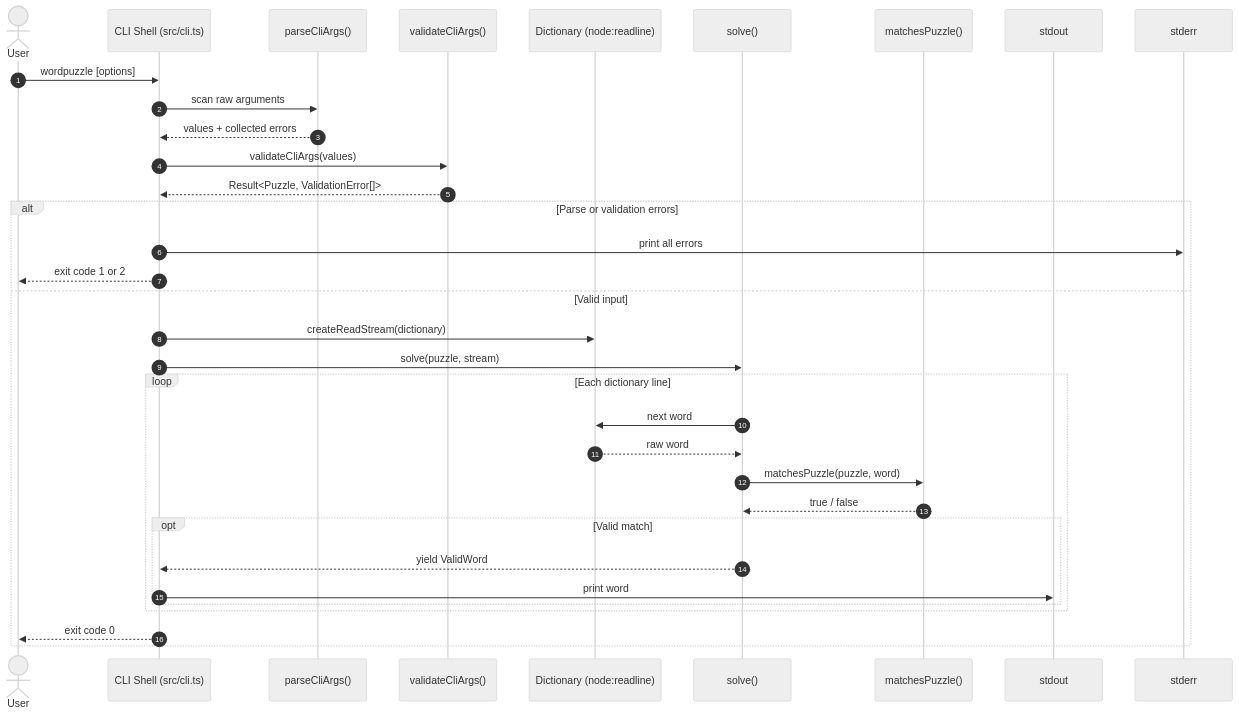
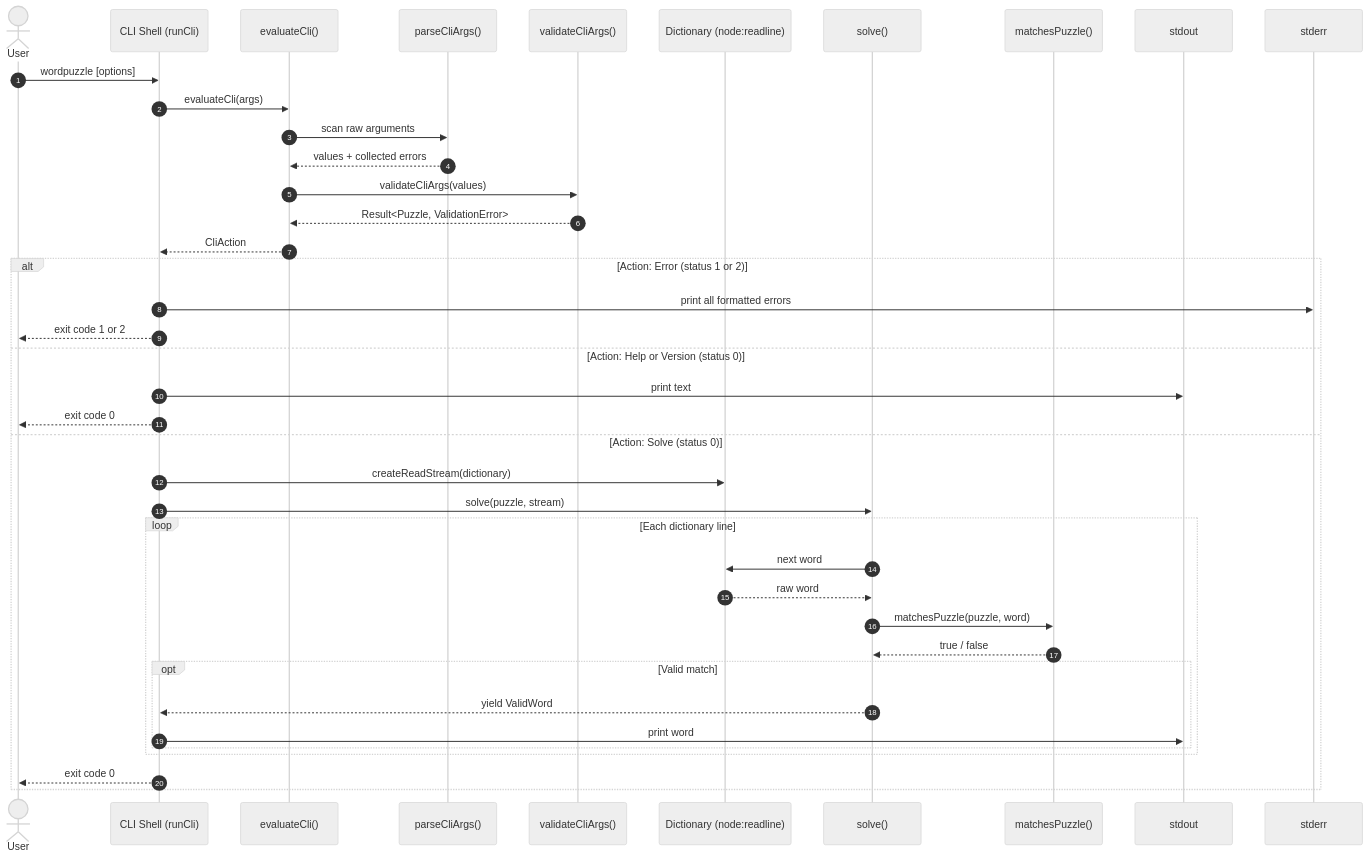
The first of 2 diagrams in README.md (frankhjung/typescript-wordpuzzle), drawn with Mermaid (neutral theme) before and after one commit. The commit also changed other lines of this file and 5 other files, not shown here.

Commit message:
feat: introduce pure CLI action evaluator and update architecture documentation

````diff
--- a/README.md
+++ b/README.md
@@ -225,38 +226,44 @@
 ```mermaid
 sequenceDiagram
     autonumber
     actor User
-    participant CLI as CLI Shell (src/cli.ts)
+    participant CLI as CLI Shell (runCli)
+    participant Eval as evaluateCli()
     participant Parser as parseCliArgs()
     participant Val as validateCliArgs()
     participant Dict as Dictionary (node:readline)
     participant Solver as solve()
     participant Pred as matchesPuzzle()
     participant Stdout as stdout
     participant Stderr as stderr
 
     User->>CLI: wordpuzzle [options]
-    CLI->>Parser: scan raw arguments
-    Parser-->>CLI: values + collected errors
-    CLI->>Val: validateCliArgs(values)
-    Val-->>CLI: Result<Puzzle, ValidationError[]>
+    CLI->>Eval: evaluateCli(args)
+    Eval->>Parser: scan raw arguments
+    Parser-->>Eval: values + collected errors
+    Eval->>Val: validateCliArgs(values)
+    Val-->>Eval: Result<Puzzle, ValidationError>
+    Eval-->>CLI: CliAction
 
-    alt Parse or validation errors
-        CLI->>Stderr: print all errors
+    alt Action: Error (status 1 or 2)
+        CLI->>Stderr: print all formatted errors
         CLI-->>User: exit code 1 or 2
-    else Valid input
+    else Action: Help or Version (status 0)
+        CLI->>Stdout: print text
+        CLI-->>User: exit code 0
+    else Action: Solve (status 0)
         CLI->>Dict: createReadStream(dictionary)
         CLI->>Solver: solve(puzzle, stream)
         loop Each dictionary line
             Solver->>Dict: next word
             Dict-->>Solver: raw word
             Solver->>Pred: matchesPuzzle(puzzle, word)
             Pred-->>Solver: true / false
             opt Valid match
                 Solver-->>CLI: yield ValidWord
                 CLI->>Stdout: print word
             end
         end
         CLI-->>User: exit code 0
     end
 ```
````
